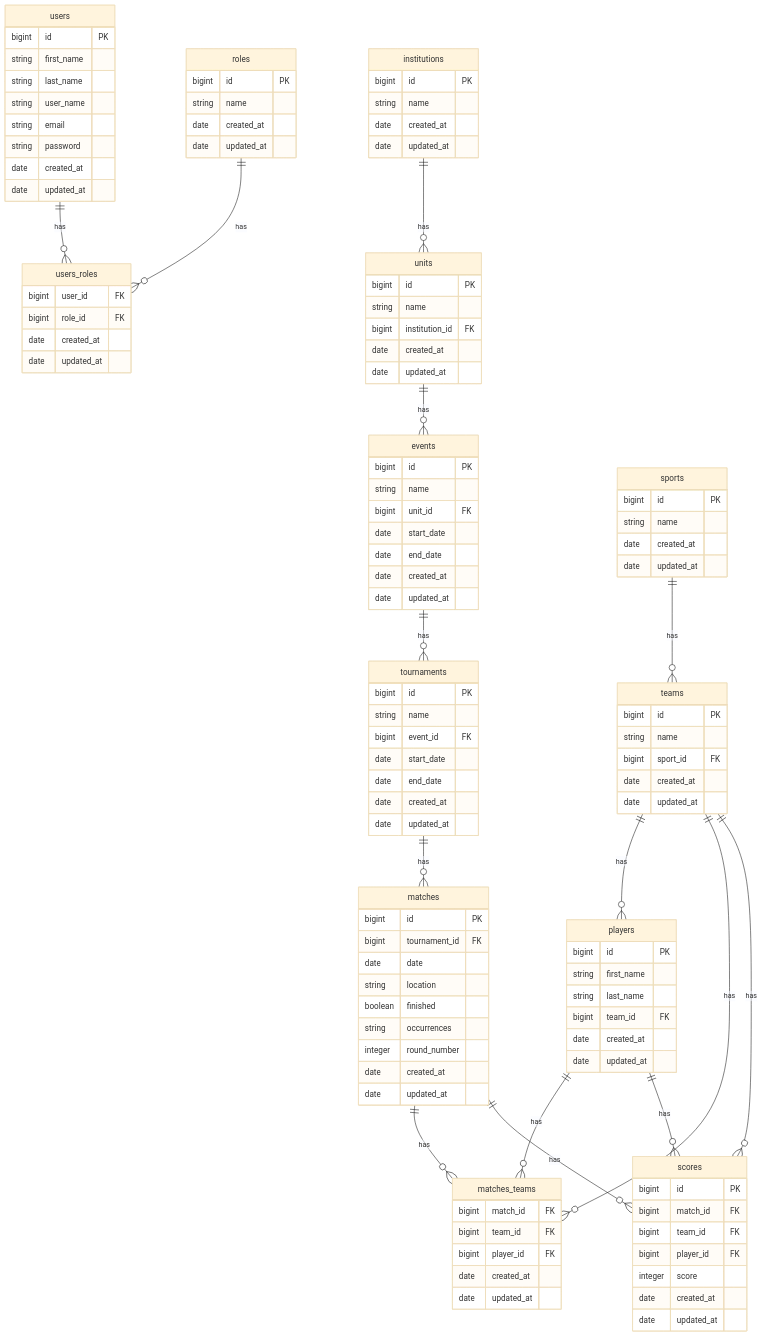
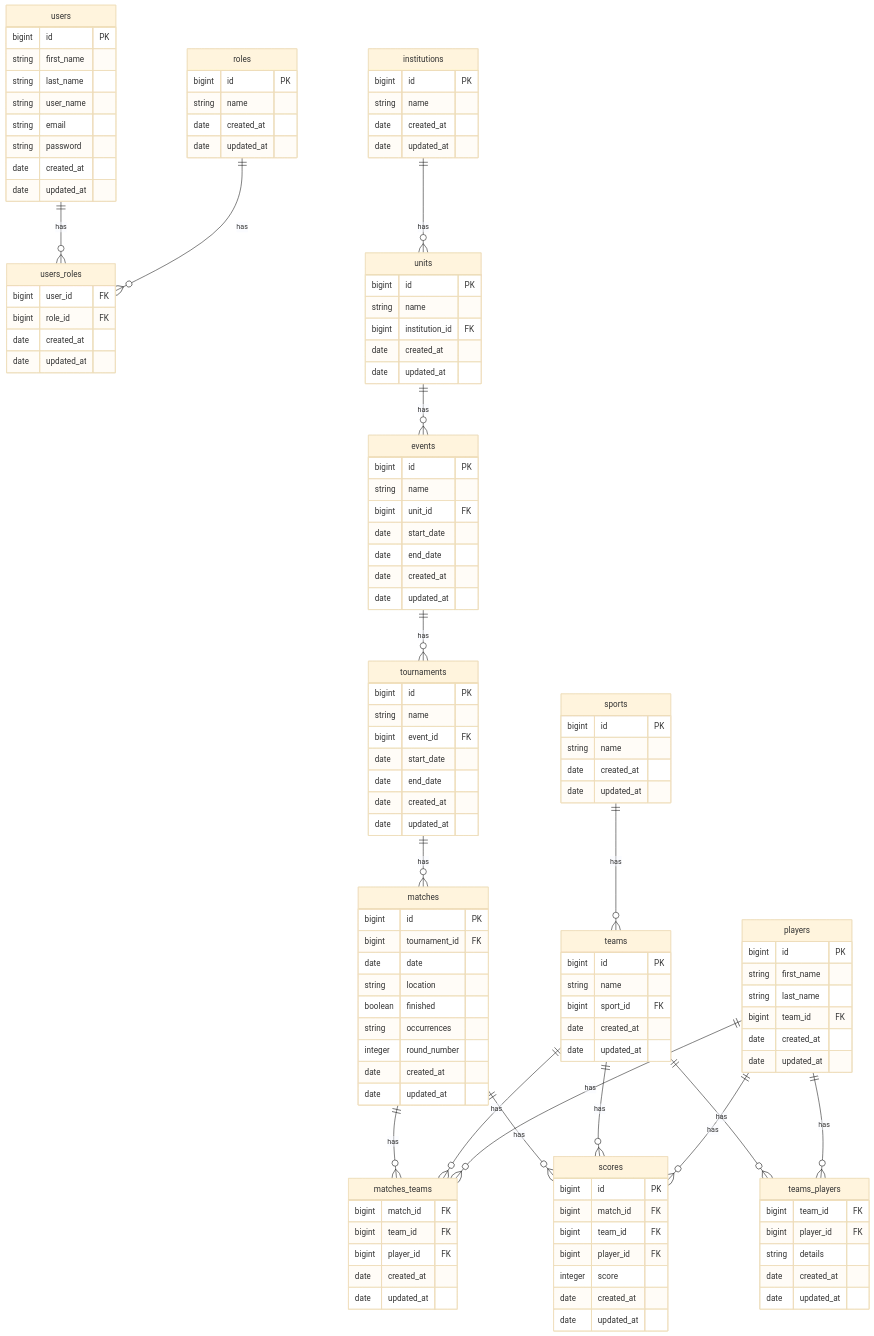
The diagram in README.md (rgomide/gerenciador-torneio), drawn with Mermaid (base theme) before and after one commit.

Commit message:
update erd

```diff
--- a/README.md
+++ b/README.md
@@ -113,6 +113,14 @@
       date updated_at
     }
 
+    teams_players {
+      bigint team_id FK
+      bigint player_id FK
+      string details
+      date created_at
+      date updated_at
+    }
+
     matches {
       bigint id PK
       bigint tournament_id FK
@@ -149,7 +157,8 @@
     units ||--o{ events : has
     events ||--o{ tournaments : has
     sports ||--o{ teams : has
-    teams ||--o{ players : has
+    teams ||--o{ teams_players : has
+    players ||--o{ teams_players : has
     tournaments ||--o{ matches : has
     matches ||--o{ matches_teams : has
     teams ||--o{ matches_teams : has
```
